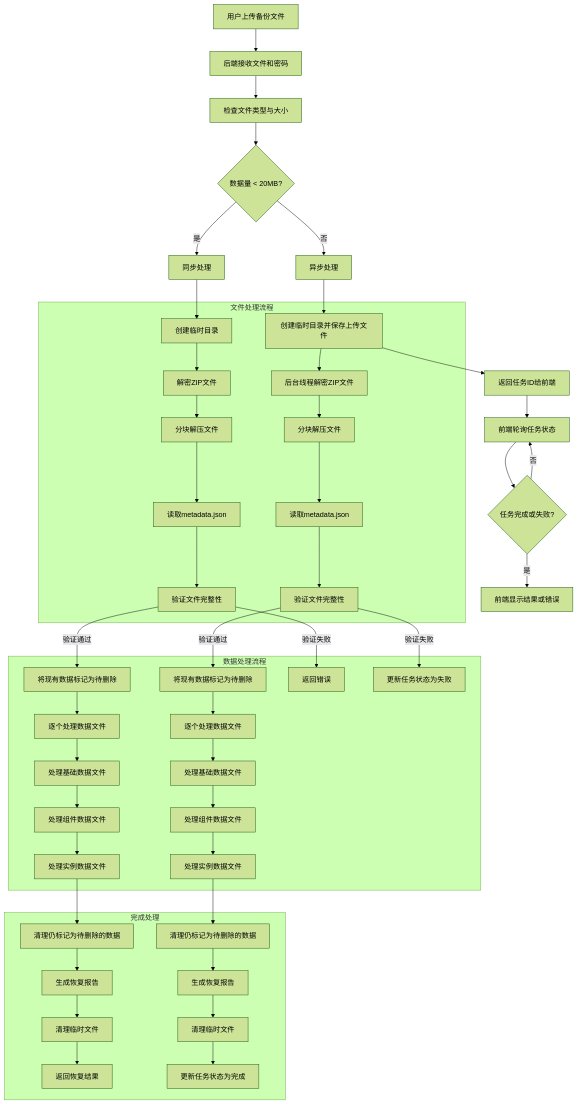
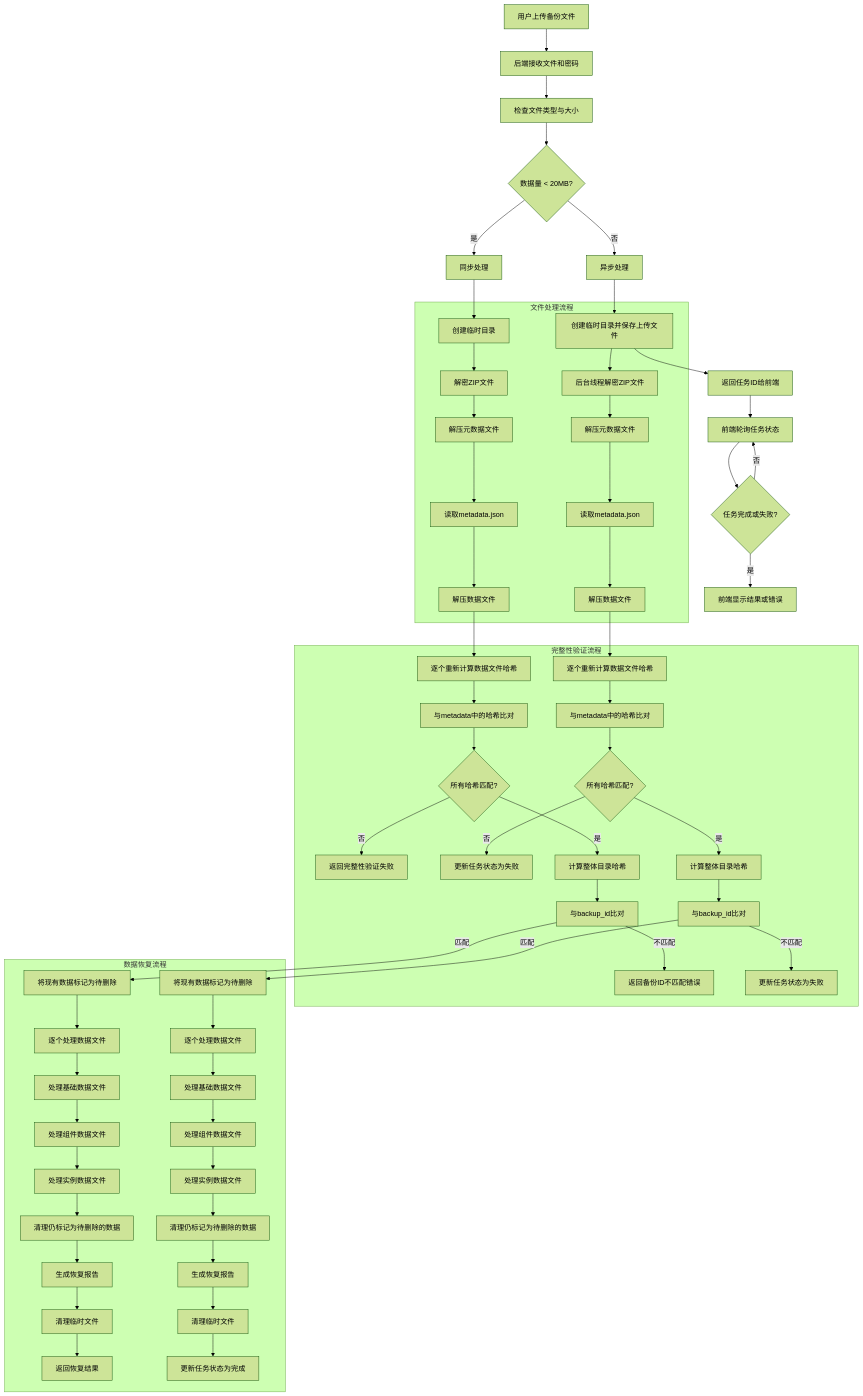
Before and after one commit to yingjianzh/iodraw-files: the diagram in all/未命名-61.md, drawn with Mermaid (forest theme).

Commit message:
2025-05-15 17:58:19 update

````diff
--- a/all/未命名-61.md
+++ b/all/未命名-61.md
@@ -16,52 +16,70 @@
         F1 --> H1[解密ZIP文件]
         F2 --> H2[后台线程解密ZIP文件]
         
-        H1 --> I1[分块解压文件]
-        H2 --> I2[分块解压文件]
+        H1 --> I1[解压元数据文件]
+        H2 --> I2[解压元数据文件]
         
         I1 --> J1[读取metadata.json]
         I2 --> J2[读取metadata.json]
         
-        J1 --> K1[验证文件完整性]
-        J2 --> K2[验证文件完整性]
+        J1 --> K1[解压数据文件]
+        J2 --> K2[解压数据文件]
     end
     
-    subgraph 数据处理流程
-        K1 -->|验证通过| L1[将现有数据标记为待删除]
-        K2 -->|验证通过| L2[将现有数据标记为待删除]
+    subgraph 完整性验证流程
+        K1 --> L1[逐个重新计算数据文件哈希]
+        K2 --> L2[逐个重新计算数据文件哈希]
         
-        K1 -->|验证失败| Z1[返回错误]
-        K2 -->|验证失败| Z2[更新任务状态为失败]
+        L1 --> M1[与metadata中的哈希比对]
+        L2 --> M2[与metadata中的哈希比对]
         
-        L1 --> M1[逐个处理数据文件]
-        L2 --> M2[逐个处理数据文件]
+        M1 --> N1{所有哈希匹配?}
+        M2 --> N2{所有哈希匹配?}
         
-        M1 --> N1[处理基础数据文件]
-        M2 --> N2[处理基础数据文件]
+        N1 -->|否| O1[返回完整性验证失败]
+        N2 -->|否| O2[更新任务状态为失败]
         
-        N1 --> O1[处理组件数据文件]
-        N2 --> O2[处理组件数据文件]
+        N1 -->|是| P1[计算整体目录哈希]
+        N2 -->|是| P2[计算整体目录哈希]
         
-        O1 --> P1[处理实例数据文件]
-        O2 --> P2[处理实例数据文件]
+        P1 --> Q1[与backup_id比对]
+        P2 --> Q2[与backup_id比对]
+        
+        Q1 -->|不匹配| R1[返回备份ID不匹配错误]
+        Q2 -->|不匹配| R2[更新任务状态为失败]
     end
     
-    subgraph 完成处理
-        P1 --> Q1[清理仍标记为待删除的数据]
-        P2 --> Q2[清理仍标记为待删除的数据]
+    subgraph 数据恢复流程
+        Q1 -->|匹配| S1[将现有数据标记为待删除]
+        Q2 -->|匹配| S2[将现有数据标记为待删除]
         
-        Q1 --> R1[生成恢复报告]
-        Q2 --> R2[生成恢复报告]
+        S1 --> T1[逐个处理数据文件]
+        S2 --> T2[逐个处理数据文件]
         
-        R1 --> S1[清理临时文件]
-        R2 --> S2[清理临时文件]
+        T1 --> U1[处理基础数据文件]
+        T2 --> U2[处理基础数据文件]
         
-        S1 --> T1[返回恢复结果]
-        S2 --> T2[更新任务状态为完成]
+        U1 --> V1[处理组件数据文件]
+        U2 --> V2[处理组件数据文件]
+        
+        V1 --> W1[处理实例数据文件]
+        V2 --> W2[处理实例数据文件]
+        
+        W1 --> X1[清理仍标记为待删除的数据]
+        W2 --> X2[清理仍标记为待删除的数据]
+        
+        X1 --> Y1[生成恢复报告]
+        X2 --> Y2[生成恢复报告]
+        
+        Y1 --> Z1[清理临时文件]
+        Y2 --> Z2[清理临时文件]
+        
+        Z1 --> AA1[返回恢复结果]
+        Z2 --> AA2[更新任务状态为完成]
     end
     
-    G2 --> U[前端轮询任务状态]
-    U --> V{任务完成或失败?}
-    V -->|否| U
-    V -->|是| W[前端显示结果或错误]
+    G2 --> AB[前端轮询任务状态]
+    AB --> AC{任务完成或失败?}
+    AC -->|否| AB
+    AC -->|是| AD[前端显示结果或错误]
 ```
````
